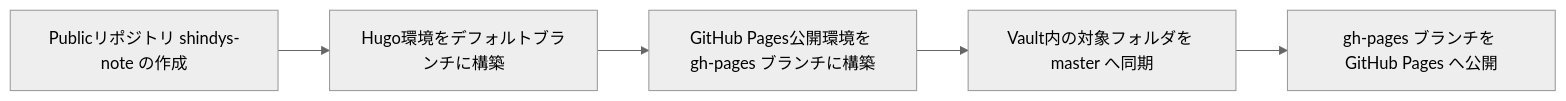
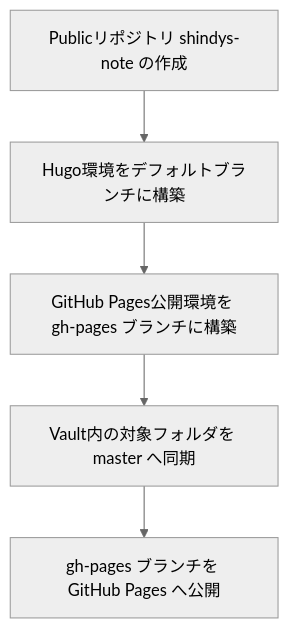
The diagram in content/posts/HugoとGitHubでObsidianで書いたメモを公開してみた.md (shindy-dev/shindys-note), drawn with Mermaid (neutral theme) before and after one commit. The commit also changed other lines of this file, not shown here.

Commit message:
Sync from Vault: 2025-08-24 15:12:09

````diff
--- a/content/posts/HugoとGitHubでObsidianで書いたメモを公開してみた.md
+++ b/content/posts/HugoとGitHubでObsidianで書いたメモを公開してみた.md
@@ -57,8 +57,8 @@
 ```mermaid
-flowchart LR
+flowchart TD
     A[Publicリポジトリ shindys-note の作成] --> B[Hugo環境をデフォルトブランチに構築]
     B --> C[GitHub Pages公開環境を gh-pages ブランチに構築]
     C --> D[Vault内の対象フォルダを master へ同期]
     D --> E[gh-pages ブランチを GitHub Pages へ公開]
 
 ```
````
